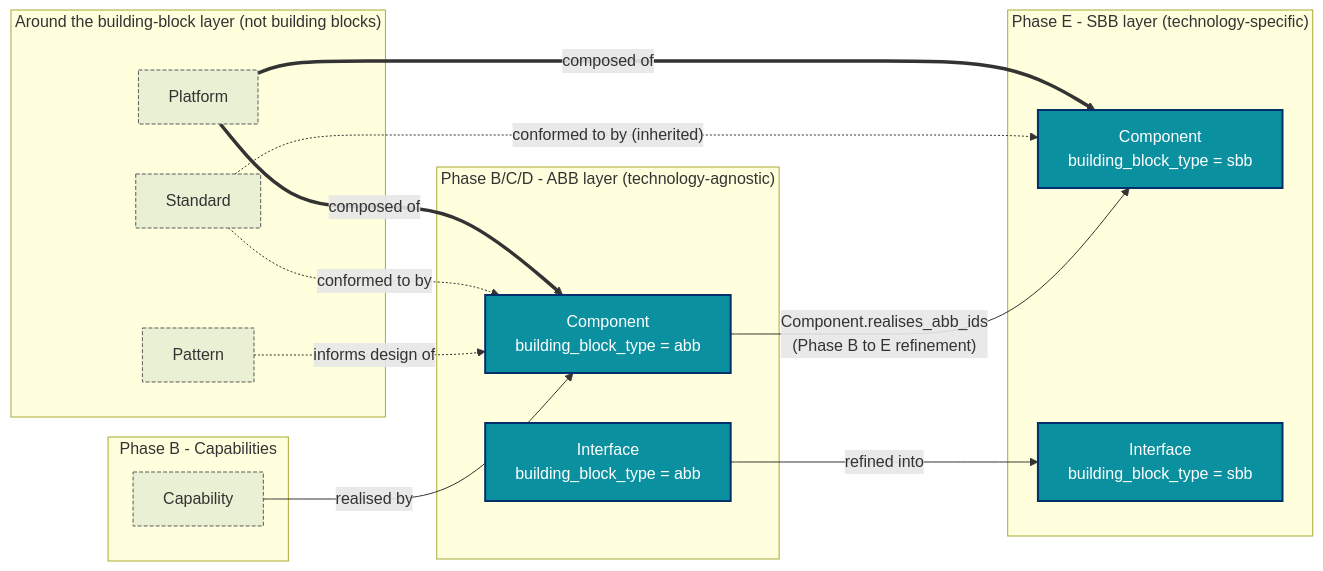
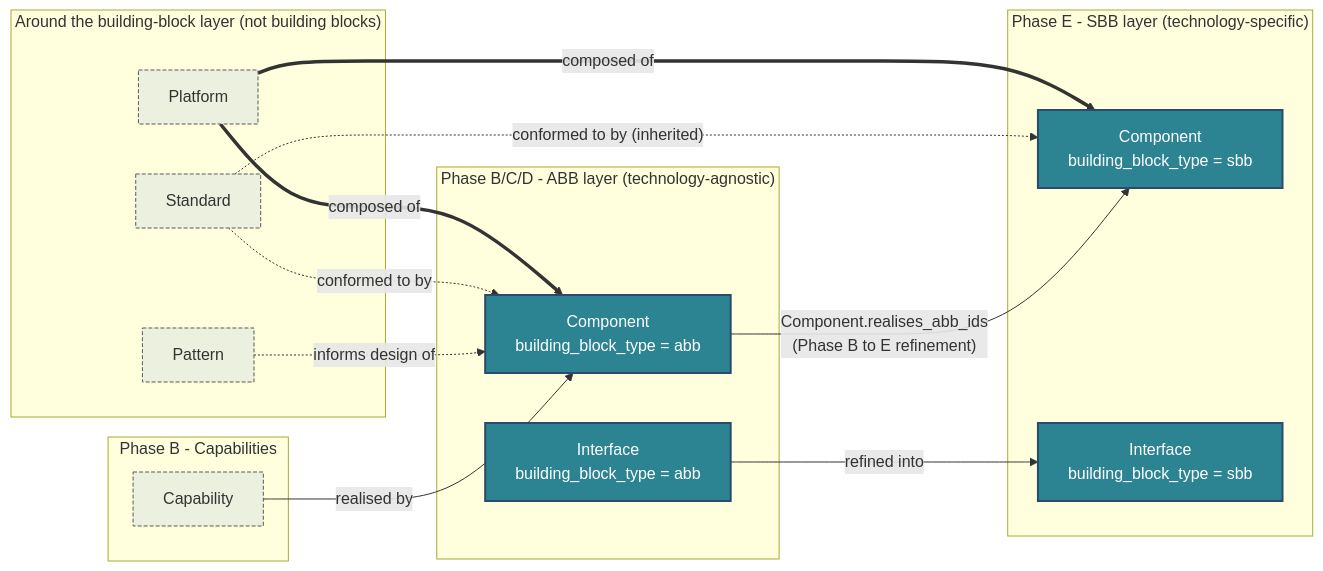
Before and after one commit to dermot-obrien/ai-assisted-architecture: the seventh of 34 diagrams in standards/ontology/SPECIFICATION.md, drawn with Mermaid. The commit also changed other lines of this file and 6 other files, not shown here.

````diff
--- a/standards/ontology/SPECIFICATION.md
+++ b/standards/ontology/SPECIFICATION.md
@@ -301,29 +301,29 @@
 ```mermaid
 flowchart LR
   subgraph Phase_B["Phase B - Capabilities"]
     CAP[Capability]:::nb
   end
   subgraph Phase_BCD["Phase B/C/D - ABB layer (technology-agnostic)"]
     ABBC["Component<br/>building_block_type = abb"]:::bb
     ABBI["Interface<br/>building_block_type = abb"]:::bb
   end
   subgraph Phase_E["Phase E - SBB layer (technology-specific)"]
     SBBC["Component<br/>building_block_type = sbb"]:::bb
     SBBI["Interface<br/>building_block_type = sbb"]:::bb
   end
   subgraph Around["Around the building-block layer (not building blocks)"]
     PT[Pattern]:::nb
     ST[Standard]:::nb
     PL[Platform]:::nb
   end
   CAP -- "realised by" --> ABBC
   ABBC -- "Component.realises_abb_ids<br/>(Phase B to E refinement)" --> SBBC
   ABBI -- "refined into" --> SBBI
   PT -. "informs design of" .-> ABBC
   ST -. "conformed to by" .-> ABBC
   ST -. "conformed to by (inherited)" .-> SBBC
   PL == "composed of" ==> SBBC
   PL == "composed of" ==> ABBC
-  classDef bb fill:#0B909F,stroke:#002F6B,stroke-width:2px,color:#fff
-  classDef nb fill:#E9F0D4,stroke:#5A5A5A,stroke-dasharray:4 2
+  classDef bb fill:#2C8391,stroke:#2C4A6E,stroke-width:2px,color:#fff
+  classDef nb fill:#ECF0DE,stroke:#5A5A5A,stroke-dasharray:4 2
 ```
````
